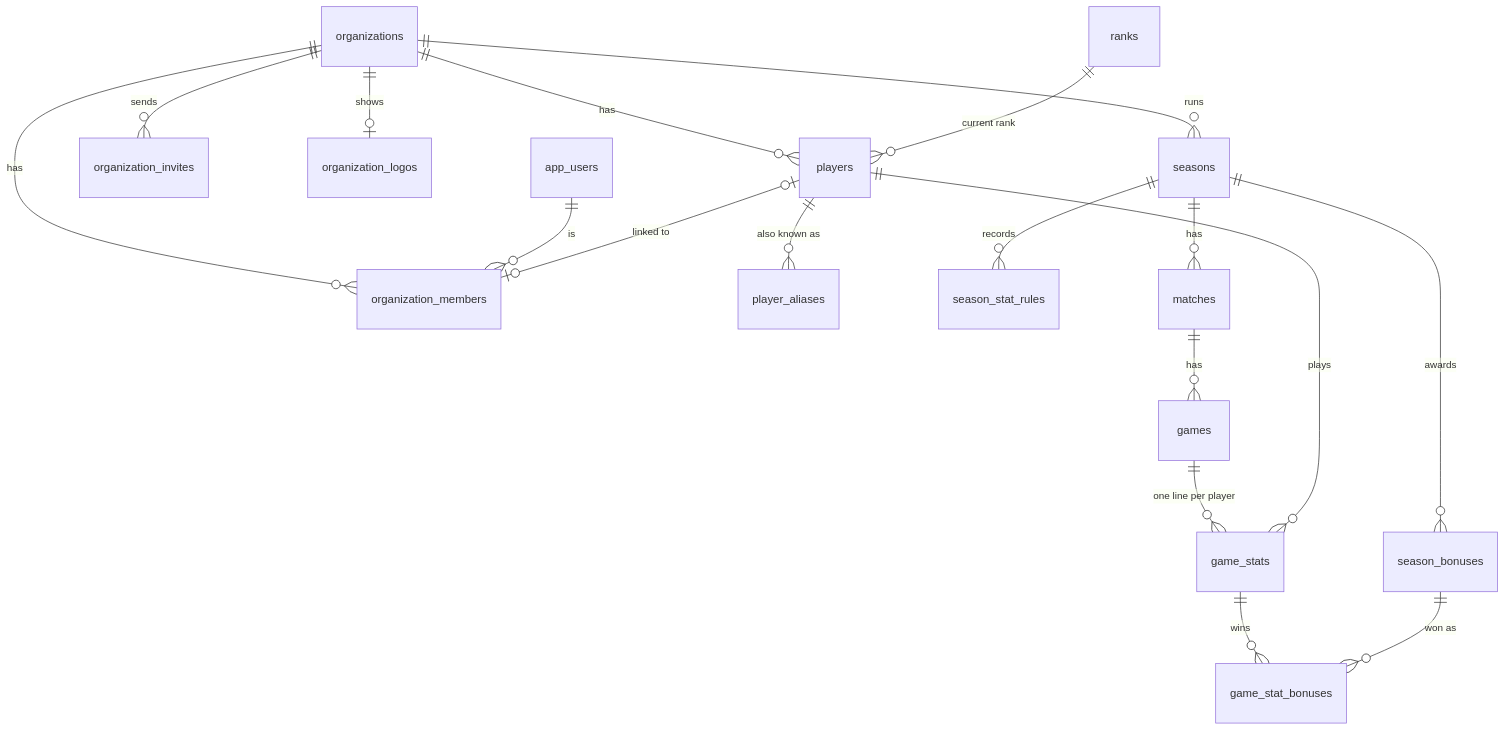
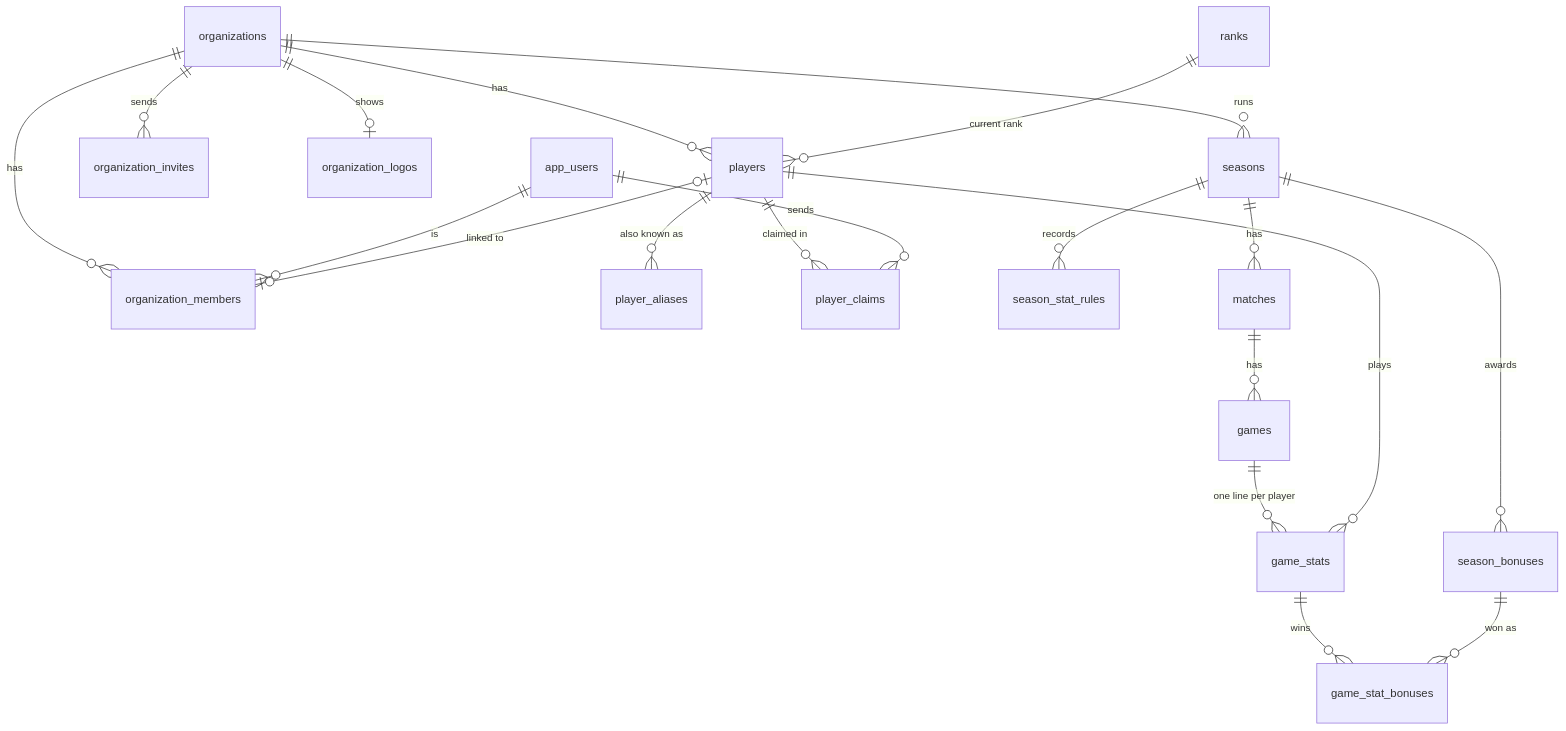
The fifth of 7 diagrams in docs/context-graph.md (irmahs-labs/tournament-leaderboard), drawn with Mermaid before and after one commit. The commit also changed other lines of this file and 27 other files, not shown here.

First line of the commit message:
feat: join as a player, claim your profile, and the Claims queue

````diff
--- a/docs/context-graph.md
+++ b/docs/context-graph.md
@@ -158,20 +167,22 @@
 ```mermaid
 erDiagram
     organizations ||--o{ organization_members : has
     app_users ||--o{ organization_members : is
     organizations ||--o{ organization_invites : sends
     organizations ||--o| organization_logos : shows
     organizations ||--o{ players : has
     ranks ||--o{ players : "current rank"
     players ||--o{ player_aliases : "also known as"
     players |o--o| organization_members : "linked to"
+    players ||--o{ player_claims : "claimed in"
+    app_users ||--o{ player_claims : sends
     organizations ||--o{ seasons : runs
     seasons ||--o{ season_stat_rules : records
     seasons ||--o{ season_bonuses : awards
     seasons ||--o{ matches : has
     matches ||--o{ games : has
     games ||--o{ game_stats : "one line per player"
     players ||--o{ game_stats : plays
     game_stats ||--o{ game_stat_bonuses : wins
     season_bonuses ||--o{ game_stat_bonuses : "won as"
 ```
````
